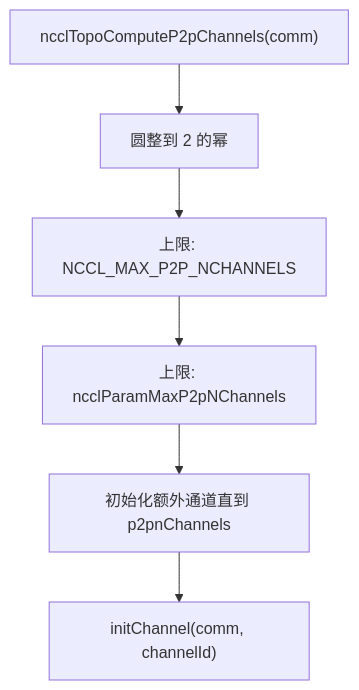
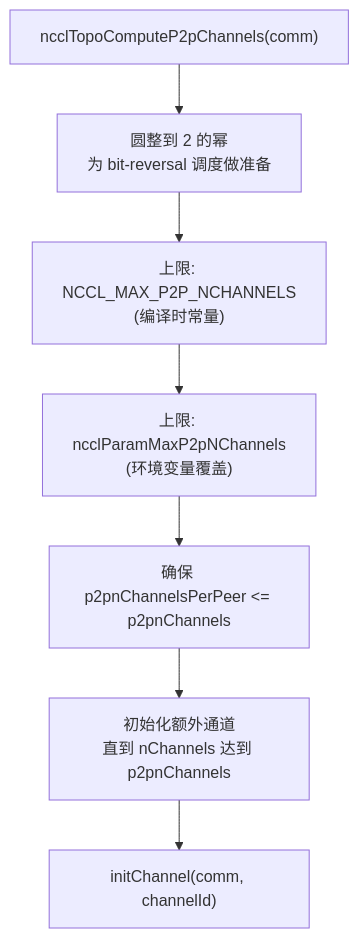
Before and after one commit to s0okiym/share: the eighth of 12 diagrams in dd_nccl_glm5.1/03-channel.md, drawn with Mermaid. The commit also changed other lines of this file and 19 other files, not shown here.

````diff
--- a/dd_nccl_glm5.1/03-channel.md
+++ b/dd_nccl_glm5.1/03-channel.md
@@ -166,8 +199,9 @@
 ```mermaid
 flowchart TD
-    A["ncclTopoComputeP2pChannels(comm)"] --> B["圆整到 2 的幂"]
-    B --> C["上限: NCCL_MAX_P2P_NCHANNELS"]
-    C --> D["上限: ncclParamMaxP2pNChannels"]
-    D --> E["初始化额外通道直到 p2pnChannels"]
-    E --> F["initChannel(comm, channelId)"]
+    A["ncclTopoComputeP2pChannels(comm)"] --> B["圆整到 2 的幂\n为 bit-reversal 调度做准备"]
+    B --> C["上限: NCCL_MAX_P2P_NCHANNELS\n(编译时常量)"]
+    C --> D["上限: ncclParamMaxP2pNChannels\n(环境变量覆盖)"]
+    D --> E["确保 p2pnChannelsPerPeer <= p2pnChannels"]
+    E --> F["初始化额外通道\n直到 nChannels 达到 p2pnChannels"]
+    F --> G["initChannel(comm, channelId)"]
 ```
````
